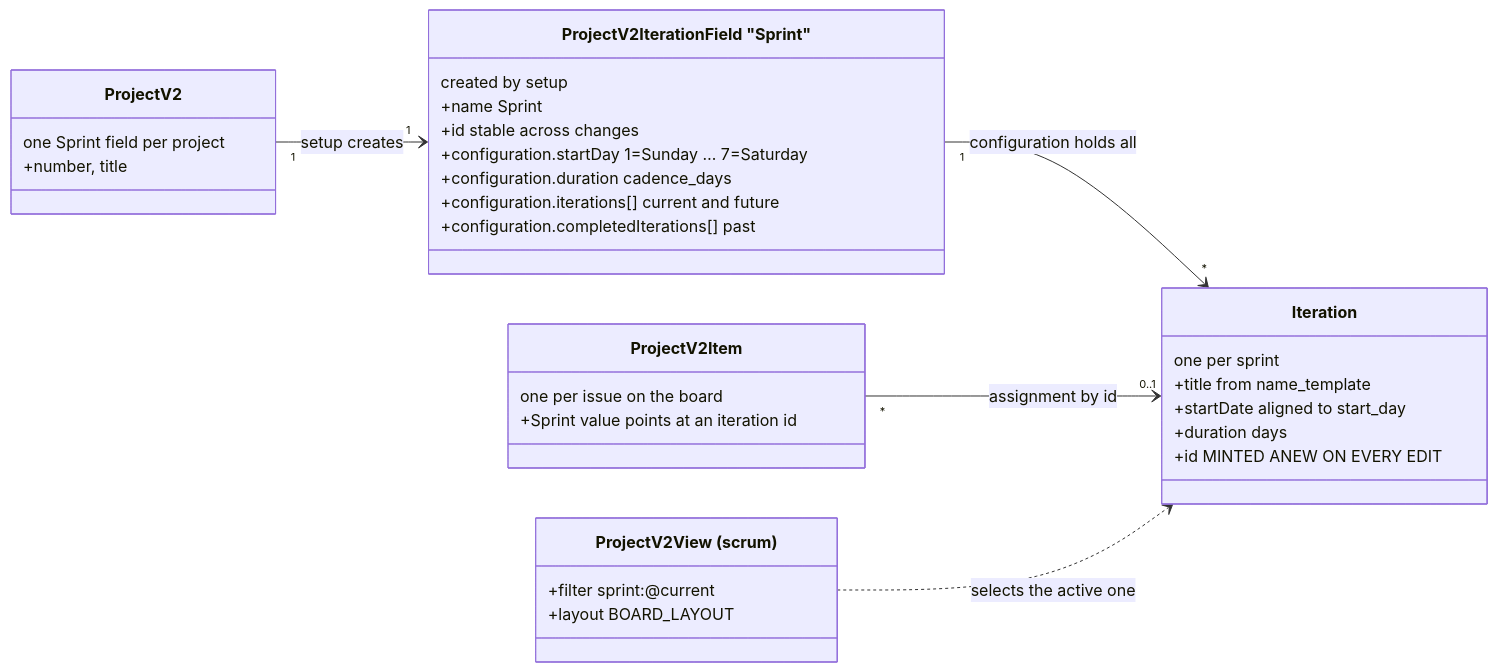
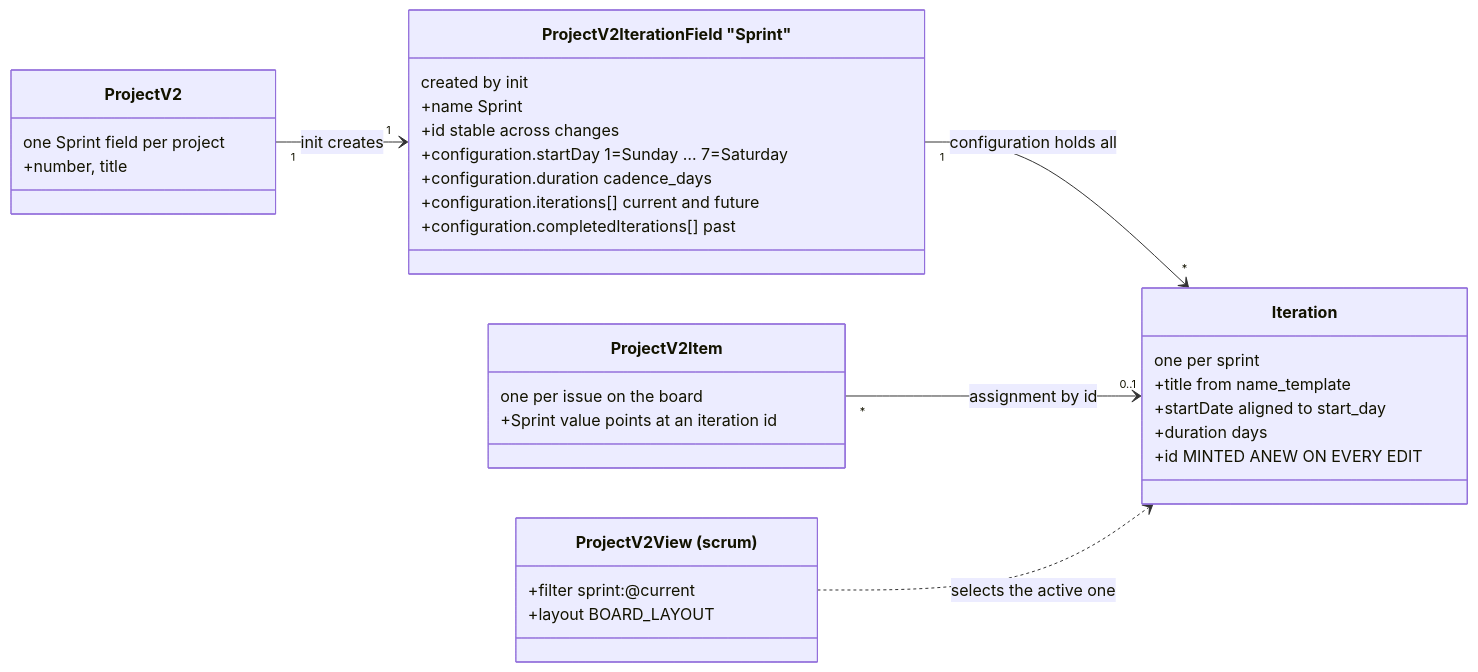
Before and after one commit to paulcaron16k/gh-agile: the second of 2 diagrams in README.md, drawn with Mermaid. The commit also changed other lines of this file and 15 other files, not shown here.

````diff
--- a/README.md
+++ b/README.md
@@ -436,38 +437,38 @@
 ```mermaid
 classDiagram
     direction LR
 
     class ProjectV2 {
         one Sprint field per project
         +number, title
     }
     class SprintField["ProjectV2IterationField &quot;Sprint&quot;"] {
-        created by setup
+        created by init
         +name  Sprint
         +id  stable across changes
         +configuration.startDay  1=Sunday … 7=Saturday
         +configuration.duration  cadence_days
         +configuration.iterations[]  current and future
         +configuration.completedIterations[]  past
     }
     class Iteration {
         one per sprint
         +title  from name_template
         +startDate  aligned to start_day
         +duration  days
         +id  MINTED ANEW ON EVERY EDIT
     }
     class ProjectV2Item {
         one per issue on the board
         +Sprint value  points at an iteration id
     }
     class ScrumBoard["ProjectV2View (scrum)"] {
         +filter  sprint:@current
         +layout  BOARD_LAYOUT
     }
 
-    ProjectV2 "1" --> "1" SprintField : setup creates
+    ProjectV2 "1" --> "1" SprintField : init creates
     SprintField "1" --> "*" Iteration : configuration holds all
     ProjectV2Item "*" --> "0..1" Iteration : assignment by id
     ScrumBoard ..> Iteration : selects the active one
 ```
````
